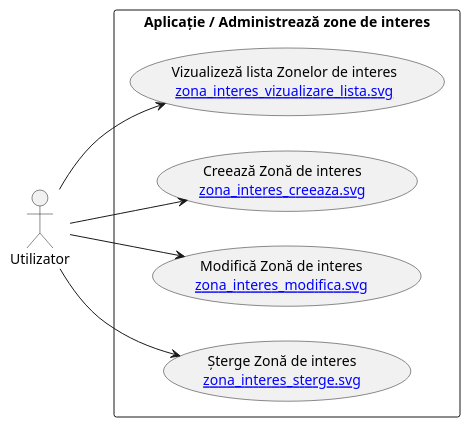
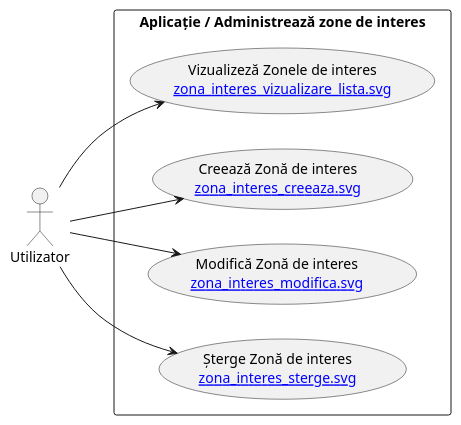
The diagram in zona_interes_admin.puml (KMX-Systems/uat), drawn with PlantUML before and after one commit. The commit also changed 7 other files, not shown here.

```diff
--- a/zona_interes_admin.puml
+++ b/zona_interes_admin.puml
@@ -1,19 +1,15 @@
 @startuml
 left to right direction
 actor "Utilizator" as user
 rectangle "Aplicație / Administrează zone de interes" {
-  usecase "Zona UAT întreg (Zona implicită nemodificabilă)" as UC1
-  usecase "Zona UAT intravilan (Zona implicită nemodificabilă)" as UC2
-  usecase "Zona UAT extravilan (Zona implicită nemodificabilă)" as UC3
-
-  usecase "Vizualizeză lista Zonelor de interes\n[[zona_interes_vizualizare_lista.svg]]" as UC1
+  usecase "Vizualizeză Zonele de interes\n[[zona_interes_vizualizare_lista.svg]]" as UC1
   usecase "Creează Zonă de interes\n[[zona_interes_creeaza.svg]]" as UC2
   usecase "Modifică Zonă de interes\n[[zona_interes_modifica.svg]]" as UC3
   usecase "Șterge Zonă de interes\n[[zona_interes_sterge.svg]]" as UC4
 }
 
 user --> UC1
 user --> UC2
 user --> UC3
 user --> UC4
 @enduml
```
